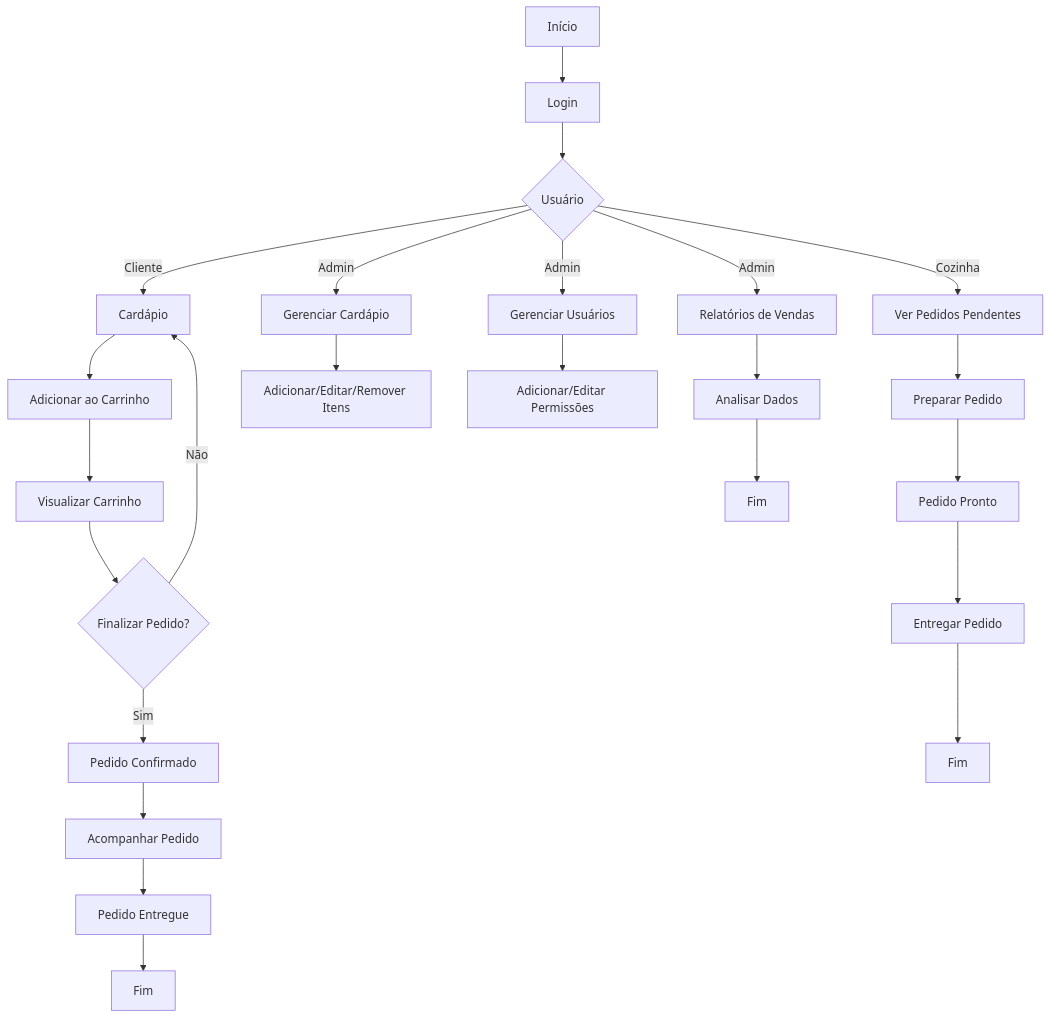
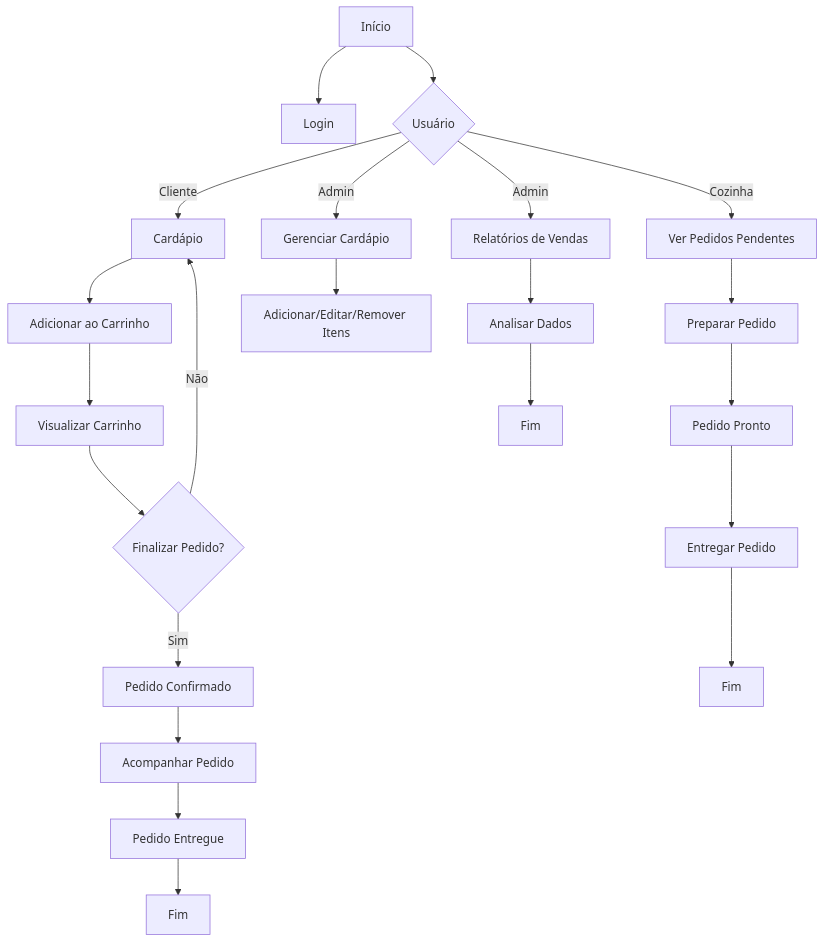
One commit to devgabrielbenayon/TrabalhoCallidus01 changed the diagram in README.md. Above: the diagram before and after it, drawn with Mermaid. The commit also changed other lines of this file, not shown here.

Commit message:
readme flowchart update v2

````diff
--- a/README.md
+++ b/README.md
@@ -20,28 +20,26 @@
 ```mermaid
 flowchart TD
     A[Início] --> B[Login]
-    B --> C{Usuário}
+    A --> C{Usuário}
     C -->|Cliente| D[Cardápio]
     D --> E[Adicionar ao Carrinho]
     E --> F[Visualizar Carrinho]
     F --> G{Finalizar Pedido?}
     G -->|Sim| H[Pedido Confirmado]
     G -->|Não| D
     H --> I[Acompanhar Pedido]
     I --> J[Pedido Entregue]
     J --> K[Fim]
 
     C -->|Cozinha| L[Ver Pedidos Pendentes]
     L --> M[Preparar Pedido]
     M --> N[Pedido Pronto]
     N --> O[Entregar Pedido]
     O --> P[Fim]
 
     C -->|Admin| Q[Gerenciar Cardápio]
     Q --> R[Adicionar/Editar/Remover Itens]
-    C -->|Admin| S[Gerenciar Usuários]
-    S --> T[Adicionar/Editar Permissões]
     C -->|Admin| U[Relatórios de Vendas]
     U --> V[Analisar Dados]
     V --> W[Fim]
 ```
````
